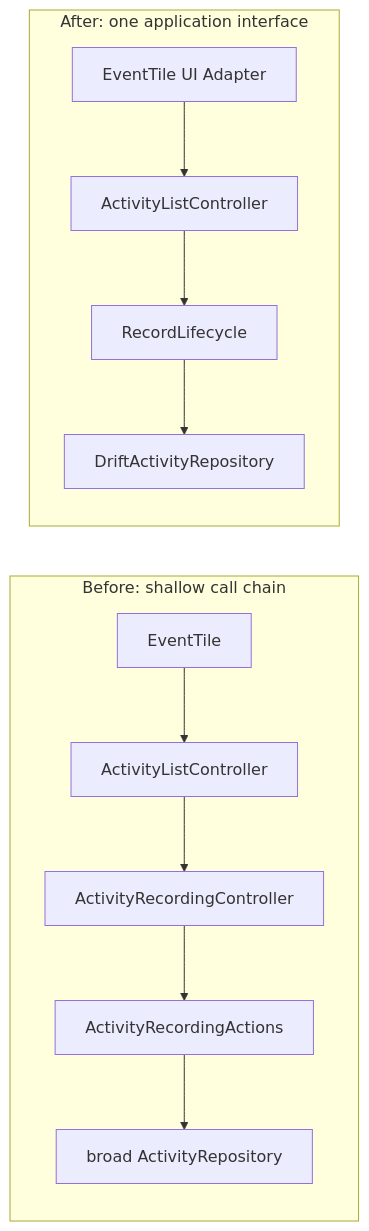
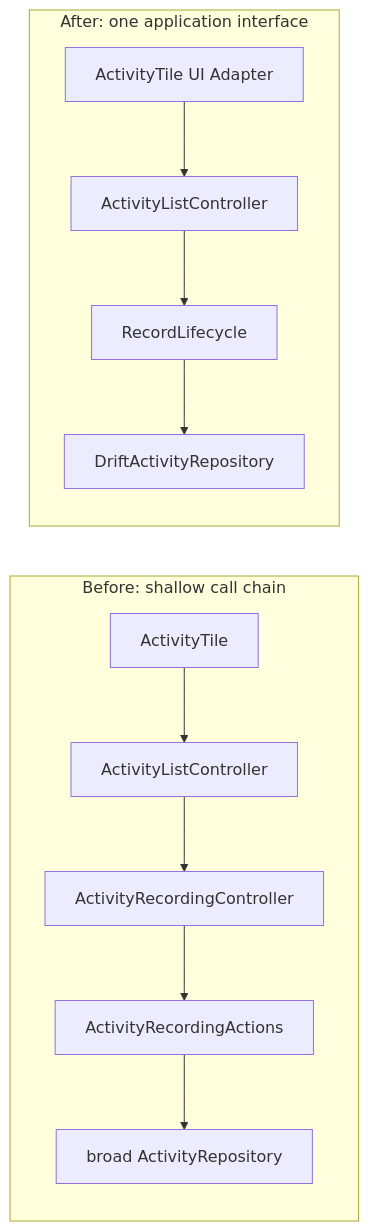
The second of 6 diagrams in docs/architecture/module-flow.md (Guoyuer/eventTracker), drawn with Mermaid before and after one commit. The commit also changed other lines of this file and 17 other files, not shown here.

Commit message:
Complete Activity UI terminology and chart theming

````diff
--- a/docs/architecture/module-flow.md
+++ b/docs/architecture/module-flow.md
@@ -99,15 +99,15 @@
 ```mermaid
 flowchart LR
   subgraph Before["Before: shallow call chain"]
-    B1["EventTile"] --> B2["ActivityListController"]
+    B1["ActivityTile"] --> B2["ActivityListController"]
     B2 --> B3["ActivityRecordingController"]
     B3 --> B4["ActivityRecordingActions"]
     B4 --> B5["broad ActivityRepository"]
   end
 
   subgraph After["After: one application interface"]
-    A1["EventTile UI Adapter"] --> A2["ActivityListController"]
+    A1["ActivityTile UI Adapter"] --> A2["ActivityListController"]
     A2 --> A3["RecordLifecycle"]
     A3 --> A4["DriftActivityRepository"]
   end
 ```
````
